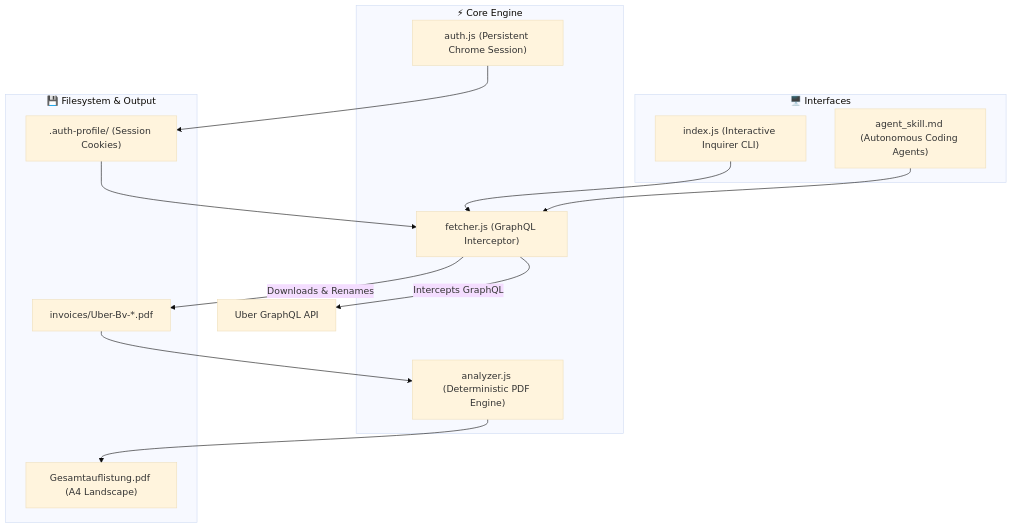
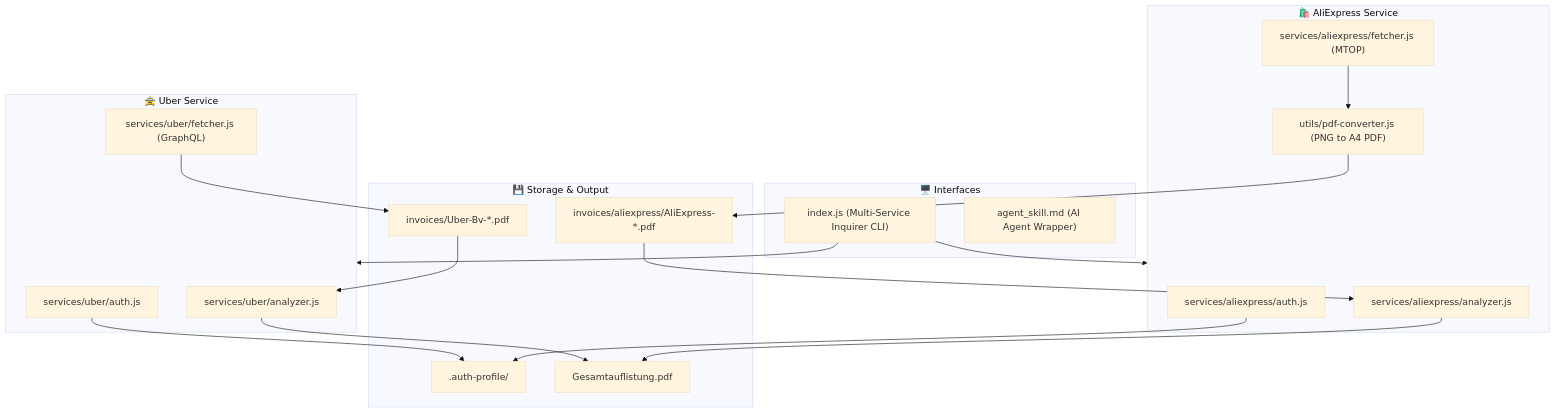
The diagram in README.md (hybridlabor-api/invoice-scrape-agent), drawn with Mermaid (base theme) before and after one commit. The commit also changed other lines of this file and 16 other files, not shown here.

Commit message:
feat(aliexpress): integrate AliExpress order fetcher, PNG-to-PDF converter, and unified multi-service CLI

````diff
--- a/README.md
+++ b/README.md
@@ -48,28 +53,36 @@
 ```mermaid
 flowchart TD
     subgraph UI ["🖥️ Interfaces"]
-        CLI["index.js (Interactive Inquirer CLI)"]
-        AGENT["agent_skill.md (Autonomous Coding Agents)"]
+        CLI["index.js (Multi-Service Inquirer CLI)"]
+        AGENT["agent_skill.md (AI Agent Wrapper)"]
     end
 
-    subgraph Core ["⚡ Core Engine"]
-        AUTH["auth.js (Persistent Chrome Session)"]
-        FETCH["fetcher.js (GraphQL Interceptor)"]
-        PARSE["analyzer.js (Deterministic PDF Engine)"]
+    subgraph Uber ["🚖 Uber Service"]
+        U_AUTH["services/uber/auth.js"]
+        U_FETCH["services/uber/fetcher.js (GraphQL)"]
+        U_PARSE["services/uber/analyzer.js"]
     end
 
-    subgraph Storage ["💾 Filesystem & Output"]
-        PROFILE[".auth-profile/ (Session Cookies)"]
-        INVOICES["invoices/Uber-Bv-*.pdf"]
-        SUMMARY["Gesamtauflistung.pdf (A4 Landscape)"]
+    subgraph AliExpress ["🛍️ AliExpress Service"]
+        A_AUTH["services/aliexpress/auth.js"]
+        A_FETCH["services/aliexpress/fetcher.js (MTOP)"]
+        A_CONV["utils/pdf-converter.js (PNG to A4 PDF)"]
+        A_PARSE["services/aliexpress/analyzer.js"]
     end
 
-    CLI --> FETCH
-    AGENT --> FETCH
-    AUTH --> PROFILE
-    PROFILE --> FETCH
-    FETCH -->|Intercepts GraphQL| UBER["Uber GraphQL API"]
-    FETCH -->|Downloads & Renames| INVOICES
-    INVOICES --> PARSE
-    PARSE --> SUMMARY
+    subgraph Storage ["💾 Storage & Output"]
+        PROFILE[".auth-profile/"]
+        U_INV["invoices/Uber-Bv-*.pdf"]
+        A_INV["invoices/aliexpress/AliExpress-*.pdf"]
+        SUMMARY["Gesamtauflistung.pdf"]
+    end
+
+    CLI --> Uber
+    CLI --> AliExpress
+    U_AUTH --> PROFILE
+    A_AUTH --> PROFILE
+    U_FETCH --> U_INV
+    A_FETCH --> A_CONV --> A_INV
+    U_INV --> U_PARSE --> SUMMARY
+    A_INV --> A_PARSE --> SUMMARY
 ```
````
